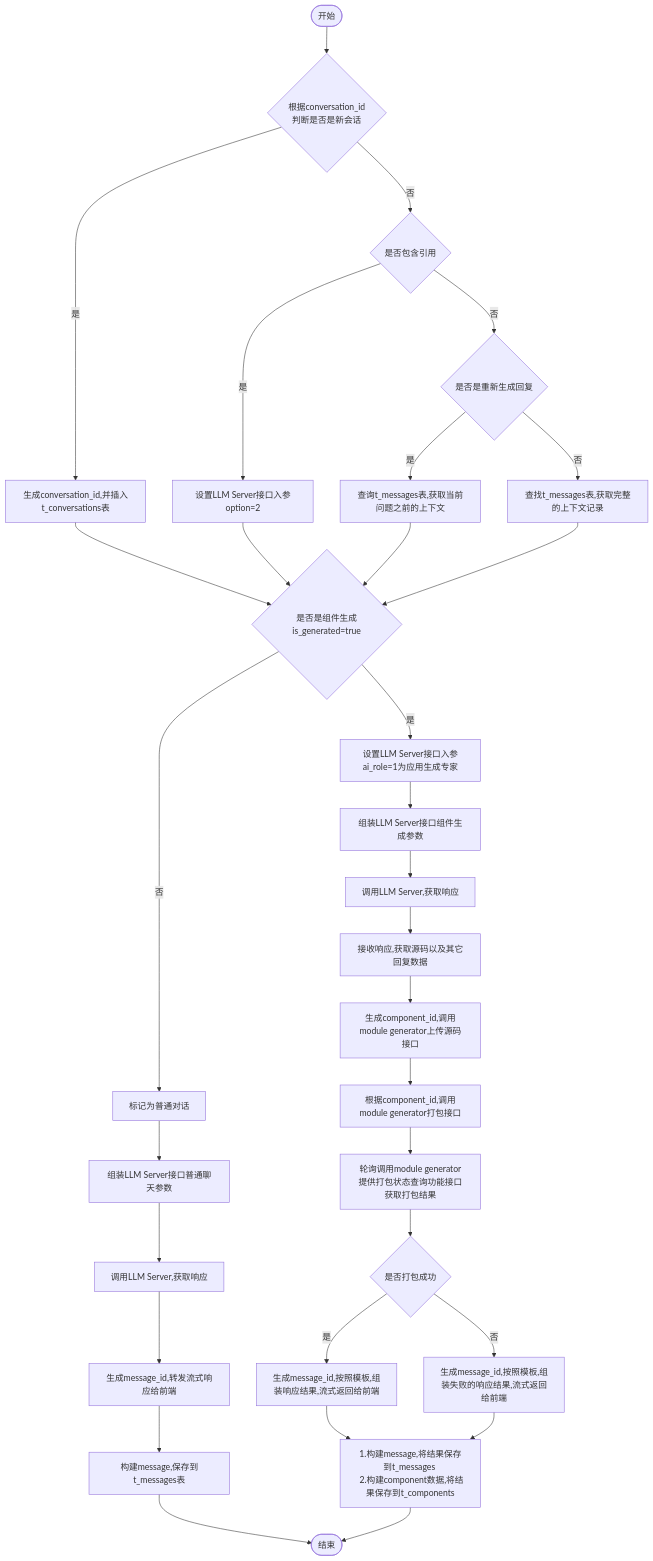
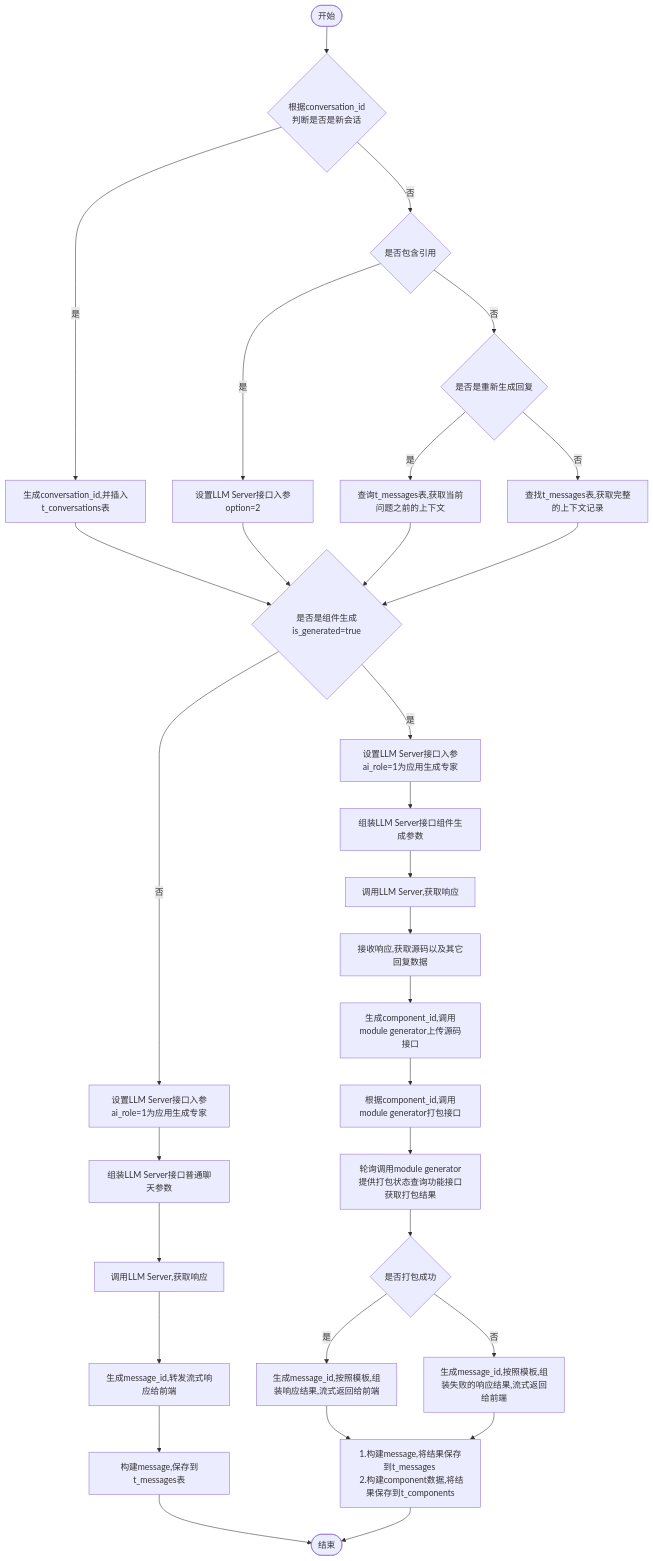
The diagram in all/w3-会话-不需要传递message.md (yingjianzh/iodraw-files), drawn with Mermaid before and after one commit.

Commit message:
2024-10-14 11:08:38 update

````diff
--- a/all/w3-会话-不需要传递message.md
+++ b/all/w3-会话-不需要传递message.md
@@ -1,35 +1,35 @@
 ```mermaid
 flowchart TD
     A([开始]) --> B{根据conversation_id \n 判断是否是新会话}
     B -- 是 --> C[生成conversation_id,并插入t_conversations表]
     B -- 否 --> D{是否包含引用}
     D -- 是 --> E[设置LLM Server接口入参option=2]
     D -- 否 --> F{是否是重新生成回复}
     F -- 是 --> G[查询t_messages表,获取当前问题之前的上下文]
     F -- 否 --> H[查找t_messages表,获取完整的上下文记录]
      
     C & E & G & H --> I{是否是组件生成is_generated=true}
     I -- 是 --> J[设置LLM Server接口入参ai_role=1为应用生成专家]
-    I -- 否 --> K[标记为普通对话]
+    I -- 否 --> K[设置LLM Server接口入参ai_role=1为应用生成专家]
 
 
     J --> L[组装LLM Server接口组件生成参数]    
     K --> M[组装LLM Server接口普通聊天参数]    
     M --> N[调用LLM Server,获取响应]    
     N --> O[生成message_id,转发流式响应给前端]
     O --> P[构建message,保存到t_messages表]
     P --> R([结束])
 
 
     L --> S[调用LLM Server,获取响应]
     S --> T[接收响应,获取源码以及其它回复数据]
     T --> U[生成component_id,调用module generator上传源码接口]
     U --> V[根据component_id,调用module generator打包接口]
     V --> W[轮询调用module generator提供打包状态查询功能接口获取打包结果]
     W --> X{是否打包成功}
     X -- 是 --> Y[生成message_id,按照模板,组装响应结果,流式返回给前端]
     X -- 否 --> Z[生成message_id,按照模板,组装失败的响应结果,流式返回给前端]
 
     Y & Z --> Result[1.构建message,将结果保存到t_messages \n 2.构建component数据,将结果保存到t_components]
     Result --> R
 ```
````
